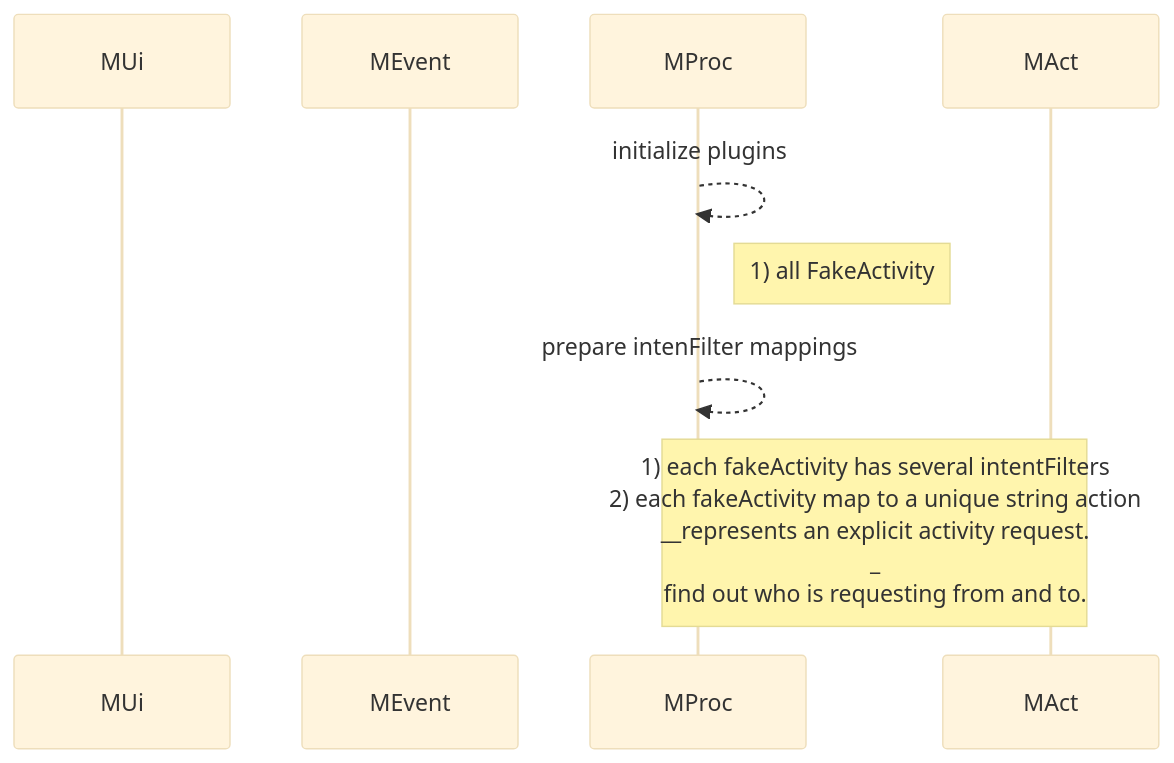
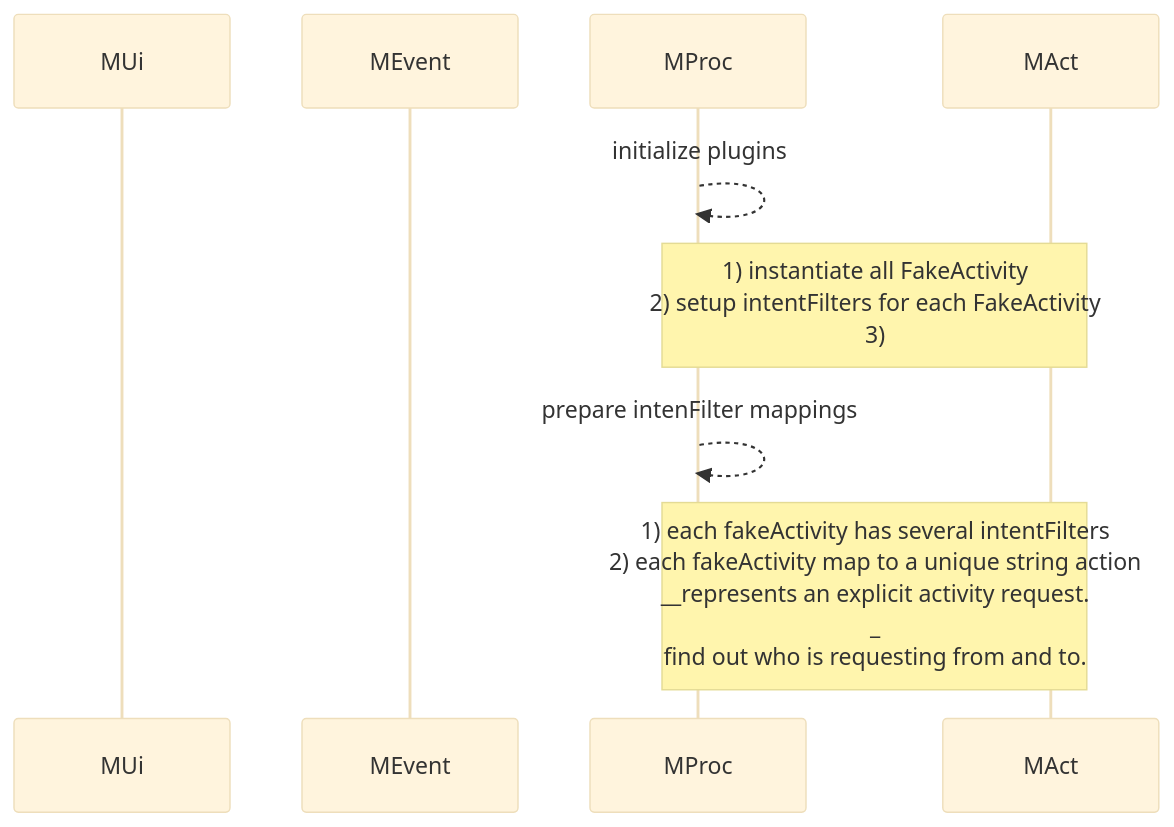
The third of 6 diagrams in flutter/android_to_flutter.md (gordianknotC/nxp_note), drawn with Mermaid (base theme) before and after one commit. The commit also changed other lines of this file, not shown here.

````diff
--- a/flutter/android_to_flutter.md
+++ b/flutter/android_to_flutter.md
@@ -50,14 +50,14 @@
 ```mermaid
 sequenceDiagram
 participant MUi
 participant MEvent
 participant MProc
 participant MAct
 
 MProc-->>MProc: initialize plugins
-Note right of MProc: 1) all FakeActivity
+Note over MProc,MAct: 1) instantiate all FakeActivity<br>2) setup intentFilters for each FakeActivity<br>3) 
 
 MProc-->>MProc: prepare intenFilter mappings
 Note over MProc, MAct: 1) each fakeActivity has several intentFilters<br>2) each fakeActivity map to a unique string action<br>__represents an explicit activity request.<br>_<br> find out who is requesting from and to.
 
 ```
````
